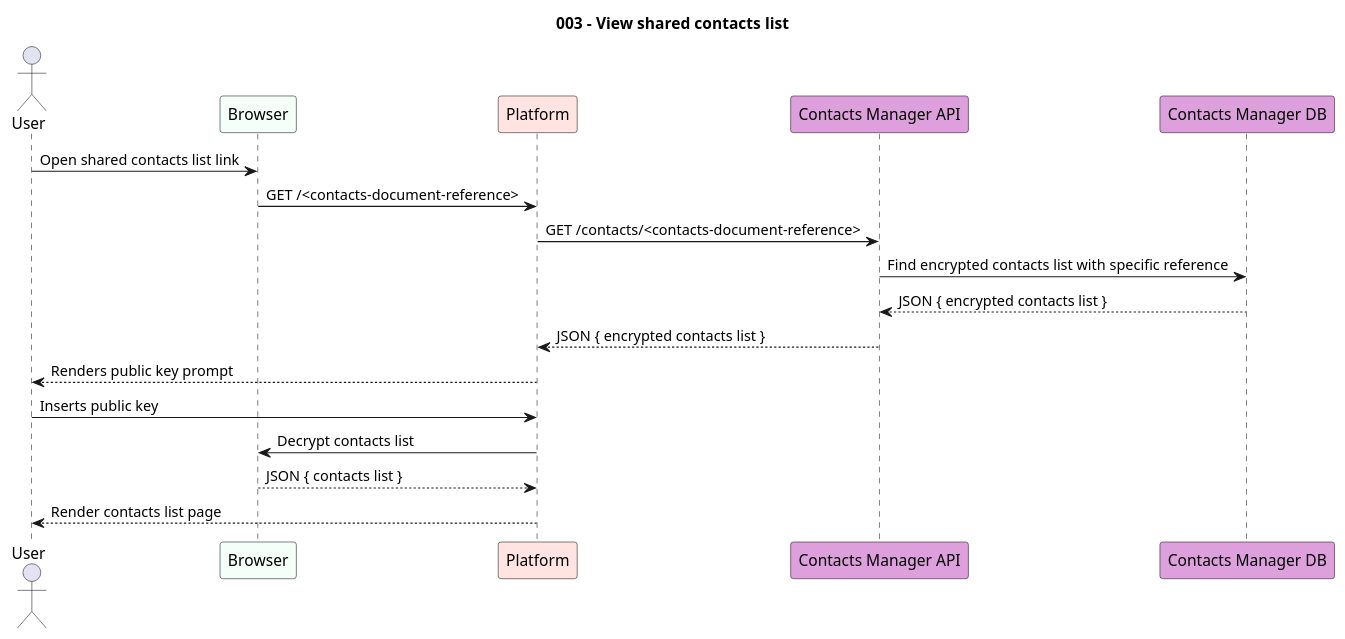
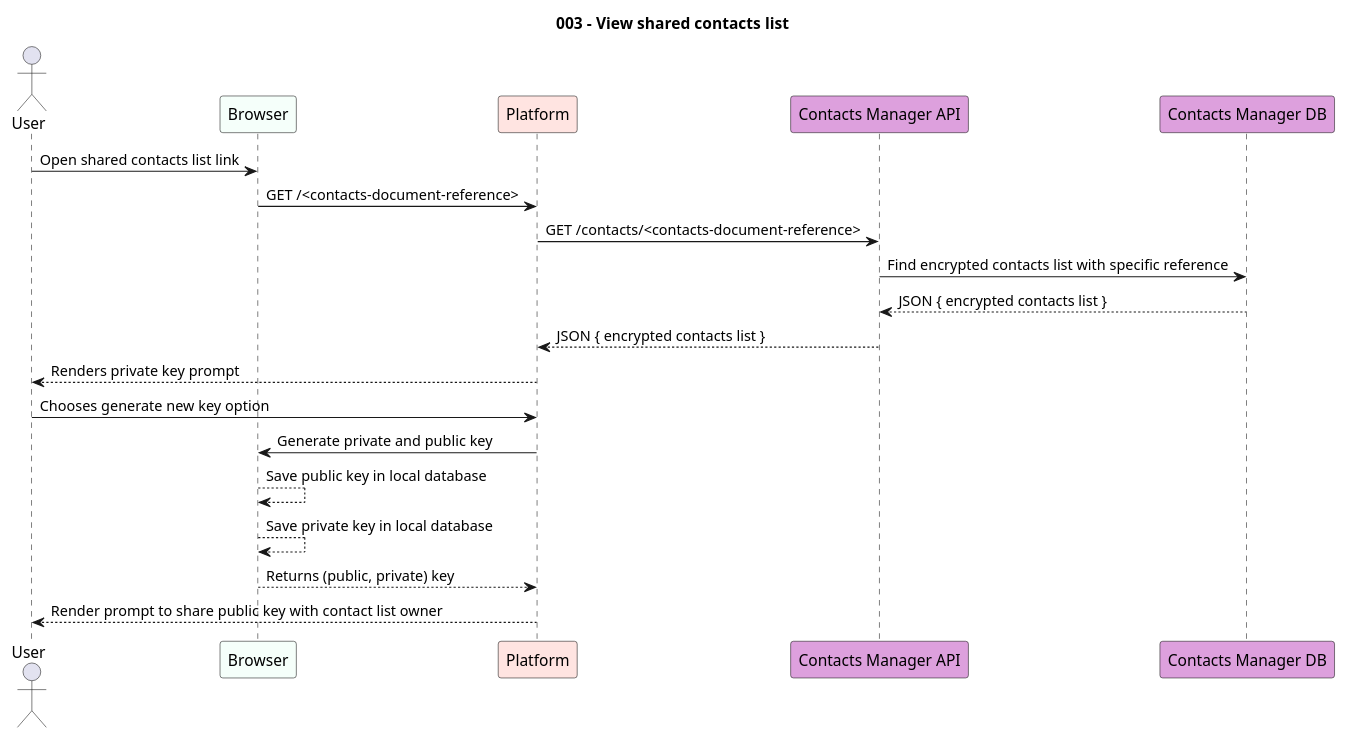
One commit to paginas-secretas/docs changed the diagram in src/usecases/puml/003-view-shared-contacts-list.puml. Above: the diagram before and after it, drawn with PlantUML. The commit also changed 5 other files, not shown here.

Commit message:
fix(usecases): private/public key generation + encryption flow

```diff
--- a/src/usecases/puml/003-view-shared-contacts-list.puml
+++ b/src/usecases/puml/003-view-shared-contacts-list.puml
@@ -1,24 +1,26 @@
 @startuml 003-view-shared-contacts-list
 
 title "003 - View shared contacts list"
 
 actor User
 participant Browser #MintCream
 participant "Platform" as PL #MistyRose
 participant "Contacts Manager API" as CNT #Plum
 participant "Contacts Manager DB" as CNT_DB #Plum
 
 User -> Browser: Open shared contacts list link
 Browser -> PL: GET /<contacts-document-reference>
 PL -> CNT: GET /contacts/<contacts-document-reference>
 CNT -> CNT_DB: Find encrypted contacts list with specific reference
 CNT_DB --> CNT: JSON { encrypted contacts list }
 CNT --> PL: JSON { encrypted contacts list }
-PL --> User: Renders public key prompt
+PL --> User: Renders private key prompt
 
-User -> PL: Inserts public key
-PL -> Browser: Decrypt contacts list
-Browser --> PL: JSON { contacts list }
-PL --> User: Render contacts list page
+User -> PL: Chooses generate new key option
+PL -> Browser: Generate private and public key
+Browser --> Browser: Save public key in local database
+Browser --> Browser: Save private key in local database
+Browser --> PL: Returns (public, private) key
+PL --> User: Render prompt to share public key with contact list owner
 
 @enduml
```
